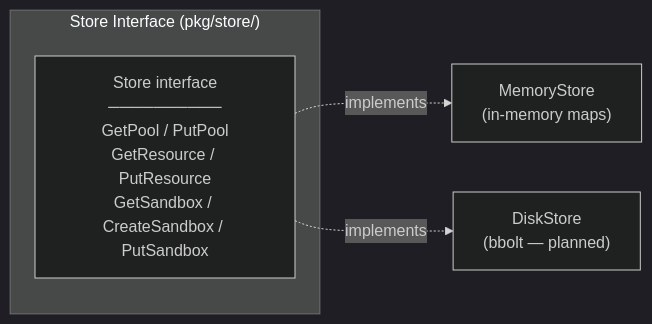
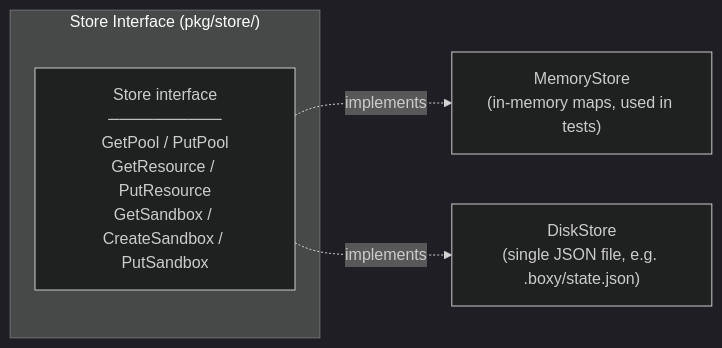
The eighth of 12 diagrams in docs/architecture.md (Geogboe/boxy), drawn with Mermaid (dark theme) before and after one commit. The commit also changed other lines of this file and 5 other files, not shown here.

````diff
--- a/docs/architecture.md
+++ b/docs/architecture.md
@@ -339,12 +339,12 @@
 ```mermaid
 graph LR
     subgraph "Store Interface (pkg/store/)"
         StoreIF["Store interface<br/>──────────<br/>GetPool / PutPool<br/>GetResource / PutResource<br/>GetSandbox / CreateSandbox / PutSandbox"]
     end
 
-    MemStore["MemoryStore<br/>(in-memory maps)"]
-    DiskStore["DiskStore<br/>(bbolt — planned)"]
+    MemStore["MemoryStore<br/>(in-memory maps, used in tests)"]
+    DiskStore["DiskStore<br/>(single JSON file, e.g. .boxy/state.json)"]
 
     StoreIF -.->|implements| MemStore
     StoreIF -.->|implements| DiskStore
 ```
````
